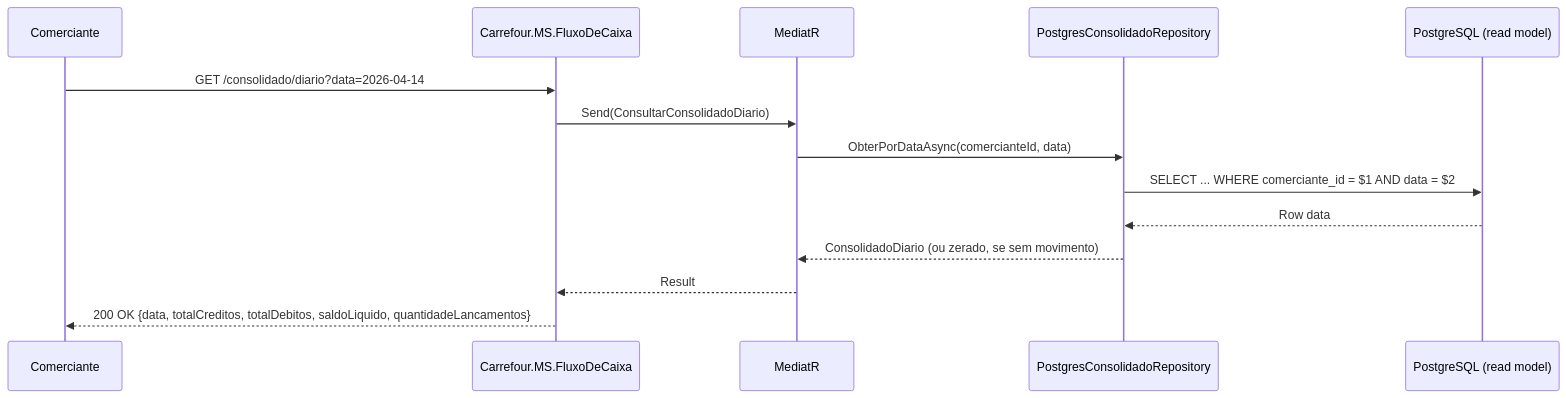
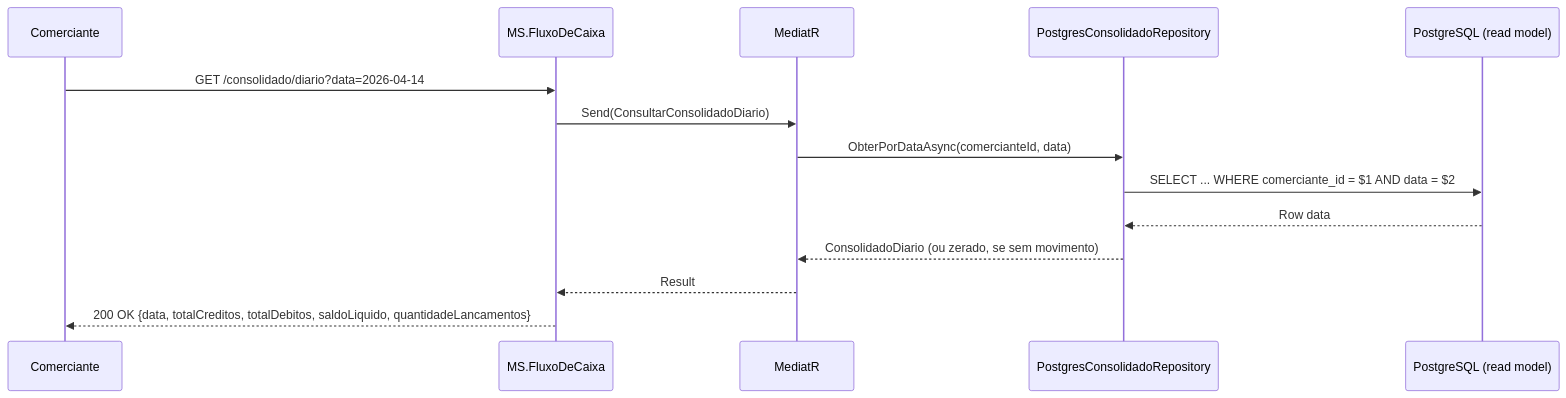
The fifth of 5 diagrams in ARCHITECTURE.md (cassio4ntunes-sudo/desafio_arquitetura_solucoes), drawn with Mermaid before and after one commit. The commit also changed other lines of this file and 116 other files, not shown here.

````diff
--- a/ARCHITECTURE.md
+++ b/ARCHITECTURE.md
@@ -221,17 +221,17 @@
 ```mermaid
 sequenceDiagram
     participant C as Comerciante
-    participant API as Carrefour.MS.FluxoDeCaixa
+    participant API as MS.FluxoDeCaixa
     participant MediatR
     participant Repo as PostgresConsolidadoRepository
     participant PG as PostgreSQL (read model)
 
     C->>API: GET /consolidado/diario?data=2026-04-14
     API->>MediatR: Send(ConsultarConsolidadoDiario)
     MediatR->>Repo: ObterPorDataAsync(comercianteId, data)
     Repo->>PG: SELECT ... WHERE comerciante_id = $1 AND data = $2
     PG-->>Repo: Row data
     Repo-->>MediatR: ConsolidadoDiario (ou zerado, se sem movimento)
     MediatR-->>API: Result
     API-->>C: 200 OK {data, totalCreditos, totalDebitos, saldoLiquido, quantidadeLancamentos}
 ```
````
